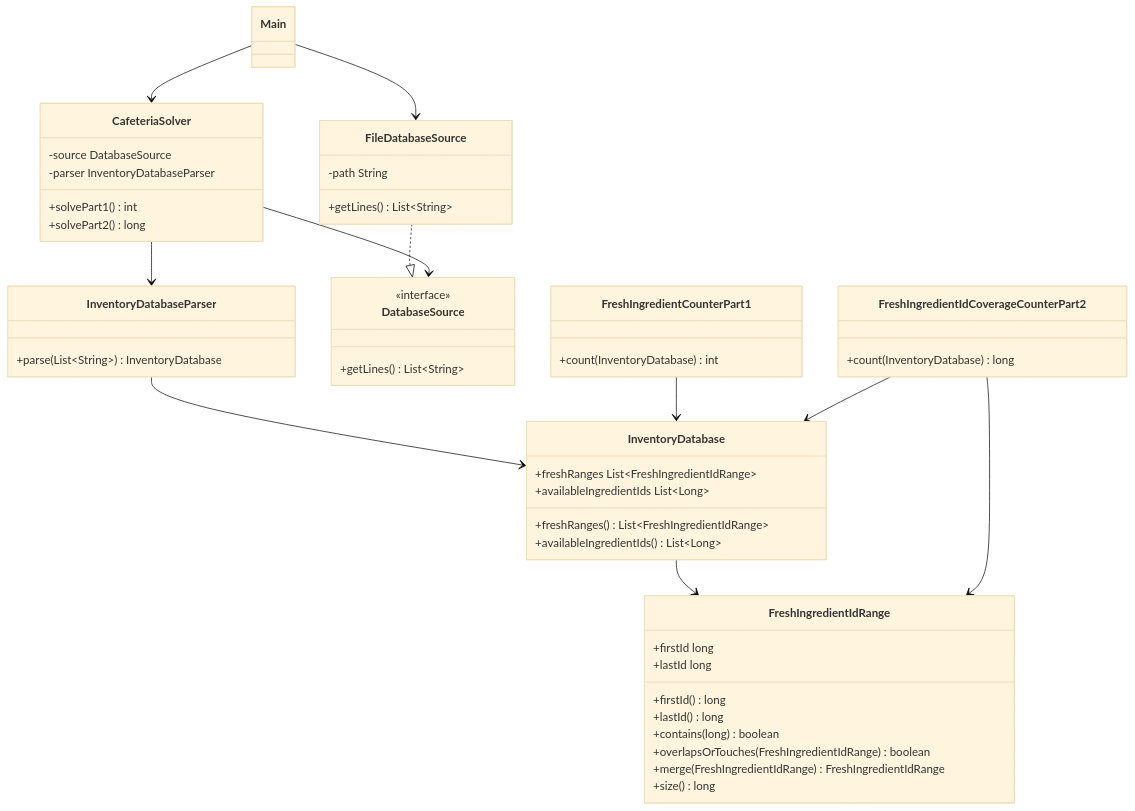
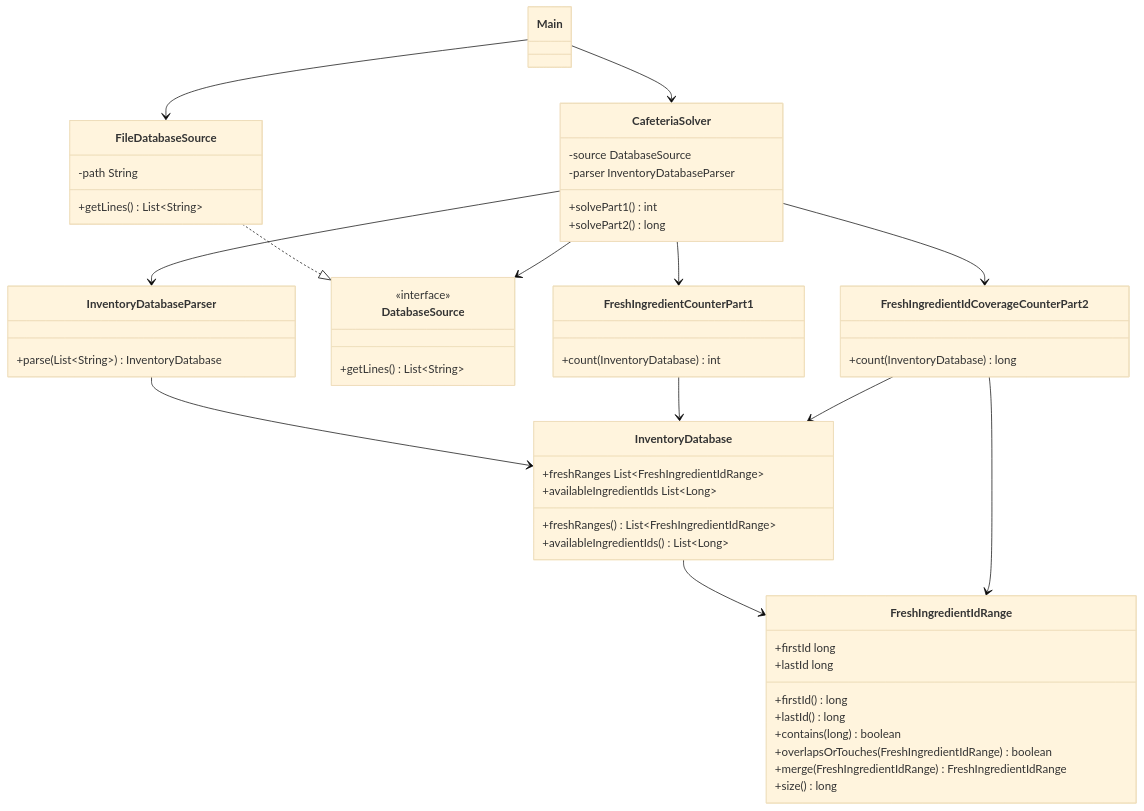
Before and after one commit to JavierGlezVel/AoC2025: the diagram in dia5/README.md, drawn with Mermaid (base theme). The commit also changed 7 other files, not shown here.

````diff
--- a/dia5/README.md
+++ b/dia5/README.md
@@ -278,54 +278,56 @@
 ```mermaid
 classDiagram
     class Main
     class CafeteriaSolver {
         -source DatabaseSource
         -parser InventoryDatabaseParser
         +solvePart1() int
         +solvePart2() long
     }
     class InventoryDatabaseParser {
         +parse(List~String~) InventoryDatabase
     }
     class DatabaseSource {
         <<interface>>
         +getLines() List~String~
     }
     class FileDatabaseSource {
         -path String
         +getLines() List~String~
     }
     class InventoryDatabase {
         +freshRanges List~FreshIngredientIdRange~
         +availableIngredientIds List~Long~
         +freshRanges() List~FreshIngredientIdRange~
         +availableIngredientIds() List~Long~
     }
     class FreshIngredientIdRange {
         +firstId long
         +lastId long
         +firstId() long
         +lastId() long
         +contains(long) boolean
         +overlapsOrTouches(FreshIngredientIdRange) boolean
         +merge(FreshIngredientIdRange) FreshIngredientIdRange
         +size() long
     }
     class FreshIngredientCounterPart1 {
         +count(InventoryDatabase) int
     }
     class FreshIngredientIdCoverageCounterPart2 {
         +count(InventoryDatabase) long
     }
 
     Main --> CafeteriaSolver
     Main --> FileDatabaseSource
     FileDatabaseSource ..|> DatabaseSource
     CafeteriaSolver --> DatabaseSource
     CafeteriaSolver --> InventoryDatabaseParser
+    CafeteriaSolver --> FreshIngredientCounterPart1
+    CafeteriaSolver --> FreshIngredientIdCoverageCounterPart2
     InventoryDatabaseParser --> InventoryDatabase
     InventoryDatabase --> FreshIngredientIdRange
     FreshIngredientCounterPart1 --> InventoryDatabase
     FreshIngredientIdCoverageCounterPart2 --> InventoryDatabase
     FreshIngredientIdCoverageCounterPart2 --> FreshIngredientIdRange
 ```
````
